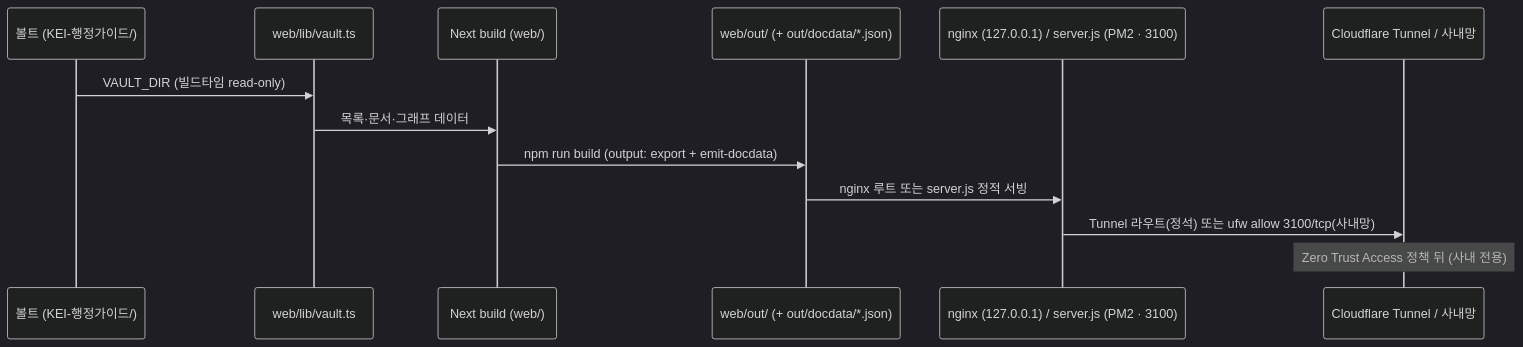
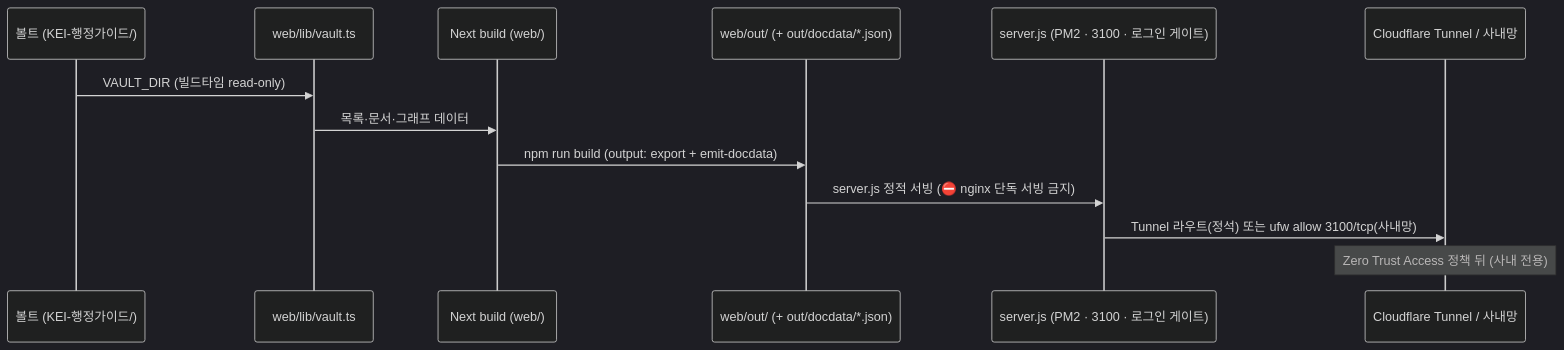
The second of 4 diagrams in docs/06-deployment.md (mooner92/KEIAdminSuperv), drawn with Mermaid (dark theme) before and after one commit. The commit also changed other lines of this file and 13 other files, not shown here.

````diff
--- a/docs/06-deployment.md
+++ b/docs/06-deployment.md
@@ -104,16 +107,16 @@
 ```mermaid
 sequenceDiagram
     participant V as 볼트 (KEI-행정가이드/)
     participant W as web/lib/vault.ts
     participant B as Next build (web/)
     participant O as web/out/ (+ out/docdata/*.json)
-    participant N as nginx (127.0.0.1) / server.js (PM2 · 3100)
+    participant N as server.js (PM2 · 3100 · 로그인 게이트)
     participant T as Cloudflare Tunnel / 사내망
 
     V->>W: VAULT_DIR (빌드타임 read-only)
     W->>B: 목록·문서·그래프 데이터
     B->>O: npm run build (output: export + emit-docdata)
-    O->>N: nginx 루트 또는 server.js 정적 서빙
+    O->>N: server.js 정적 서빙 (⛔ nginx 단독 서빙 금지)
     N->>T: Tunnel 라우트(정석) 또는 ufw allow 3100/tcp(사내망)
     Note over T: Zero Trust Access 정책 뒤 (사내 전용)
 ```
````
